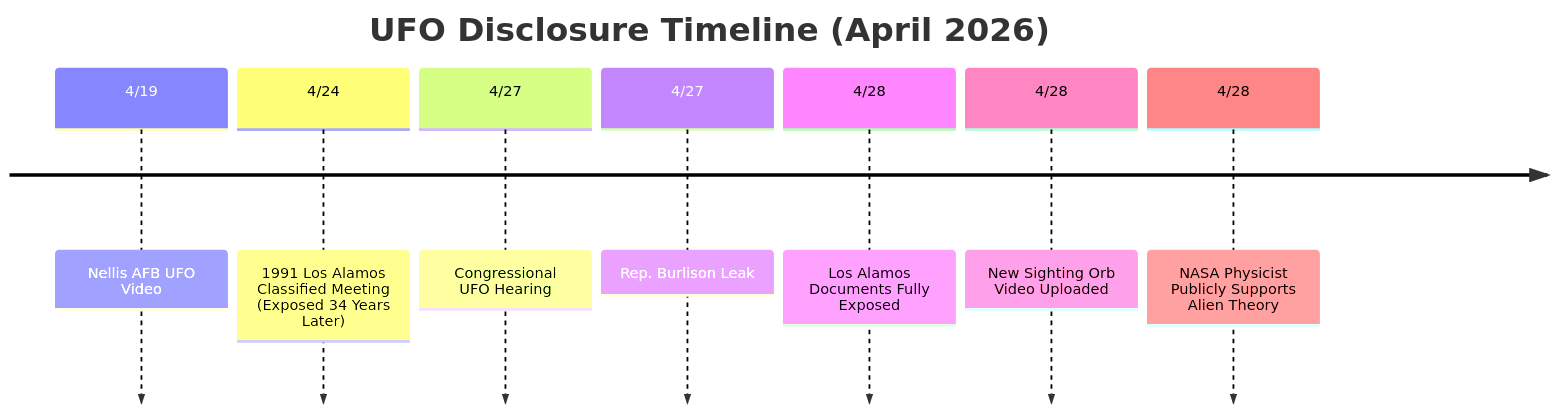
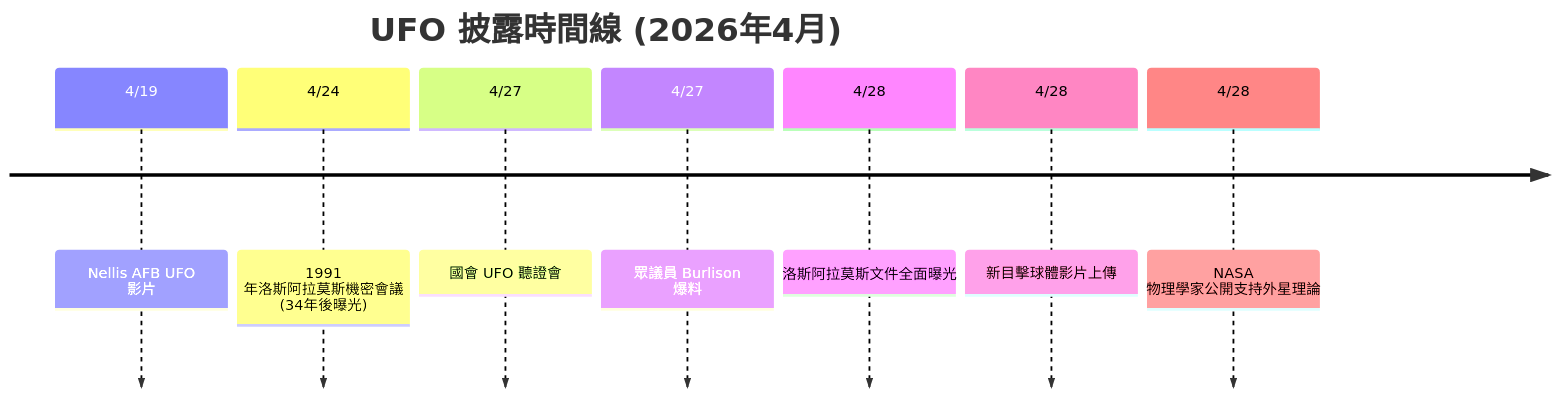
One commit to vincentsckan/vincent-kan-site changed the diagram in src/content/blog-en/ufo-breaking-202604281016.md. Above: the diagram before and after it, drawn with Mermaid. The commit also changed other lines of this file and 467 other files, not shown here.

````diff
--- a/src/content/blog-en/ufo-breaking-202604281016.md
+++ b/src/content/blog-en/ufo-breaking-202604281016.md
@@ -86,11 +86,11 @@
 ```mermaid
 timeline
-    title UFO Disclosure Timeline (April 2026)
-    4/19 : Nellis AFB UFO Video
-    4/24 : 1991 Los Alamos Classified Meeting (Exposed 34 Years Later)
-    4/27 : Congressional UFO Hearing
-    4/27 : Rep. Burlison Leak
-    4/28 : Los Alamos Documents Fully Exposed
-    4/28 : New Sighting Orb Video Uploaded
-    4/28 : NASA Physicist Publicly Supports Alien Theory
+    title UFO 披露時間線 (2026年4月)
+    4/19 : Nellis AFB UFO 影片
+    4/24 : 1991 年洛斯阿拉莫斯機密會議 (34年後曝光)
+    4/27 : 國會 UFO 聽證會
+    4/27 : 眾議員 Burlison 爆料
+    4/28 : 洛斯阿拉莫斯文件全面曝光
+    4/28 : 新目擊球體影片上傳
+    4/28 : NASA 物理學家公開支持外星理論
 ```
````
